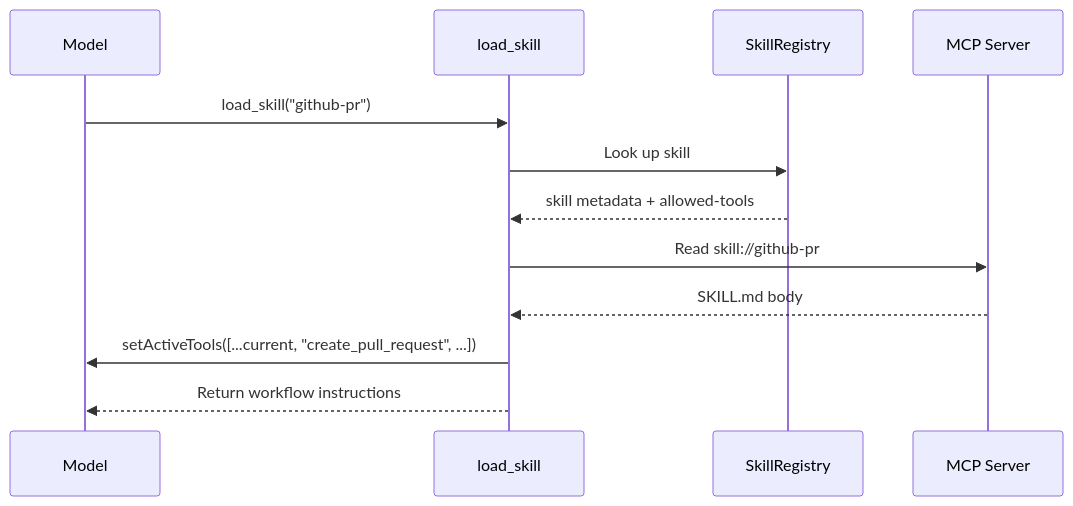
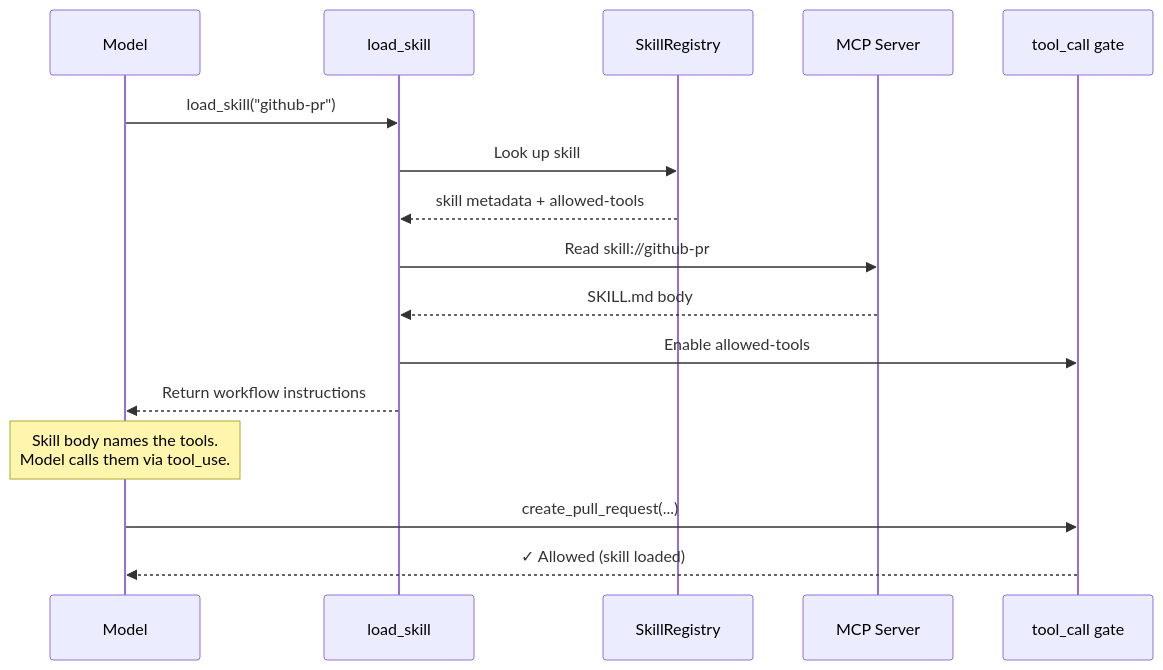
One commit to SamMorrowDrums/mcpi-ext changed the first of 3 diagrams in README.md. Above: the diagram before and after it, drawn with Mermaid. The commit also changed other lines of this file and 18 other files, not shown here.

````diff
--- a/README.md
+++ b/README.md
@@ -39,15 +53,19 @@
 ```mermaid
 sequenceDiagram
     participant Model
     participant load_skill
     participant SkillRegistry
     participant MCP Server
+    participant tool_call gate
 
     Model->>load_skill: load_skill("github-pr")
     load_skill->>SkillRegistry: Look up skill
     SkillRegistry-->>load_skill: skill metadata + allowed-tools
     load_skill->>MCP Server: Read skill://github-pr
     MCP Server-->>load_skill: SKILL.md body
-    load_skill->>Model: setActiveTools([...current, "create_pull_request", ...])
+    load_skill->>tool_call gate: Enable allowed-tools
     load_skill-->>Model: Return workflow instructions
+    Note over Model: Skill body names the tools.<br/>Model calls them via tool_use.
+    Model->>tool_call gate: create_pull_request(...)
+    tool_call gate-->>Model: ✓ Allowed (skill loaded)
 ```
````
